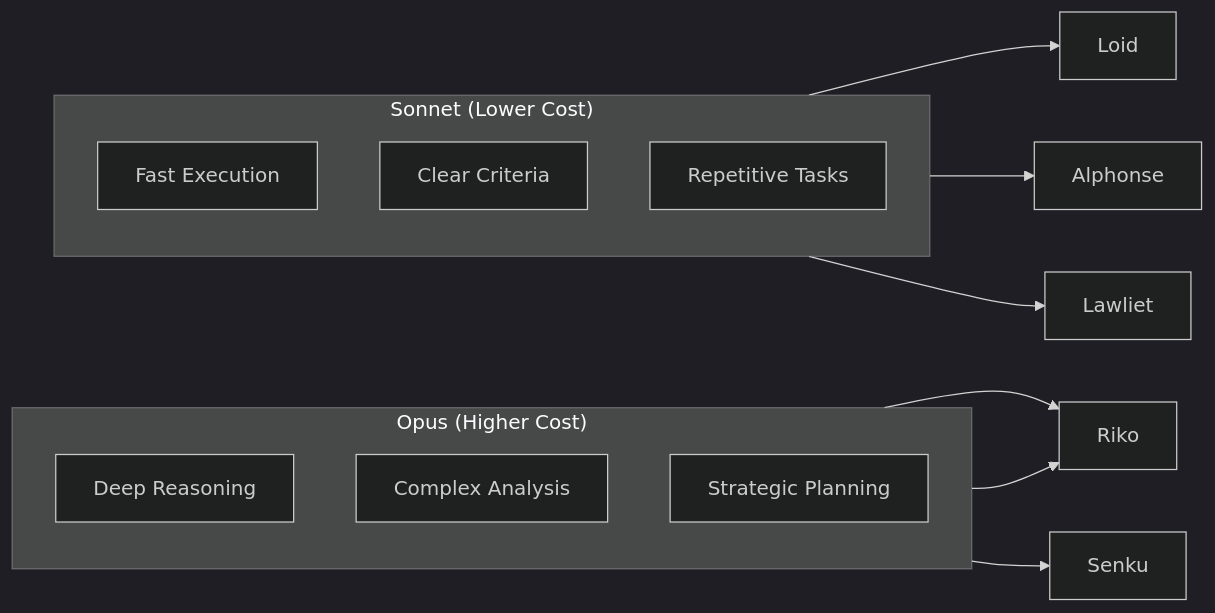
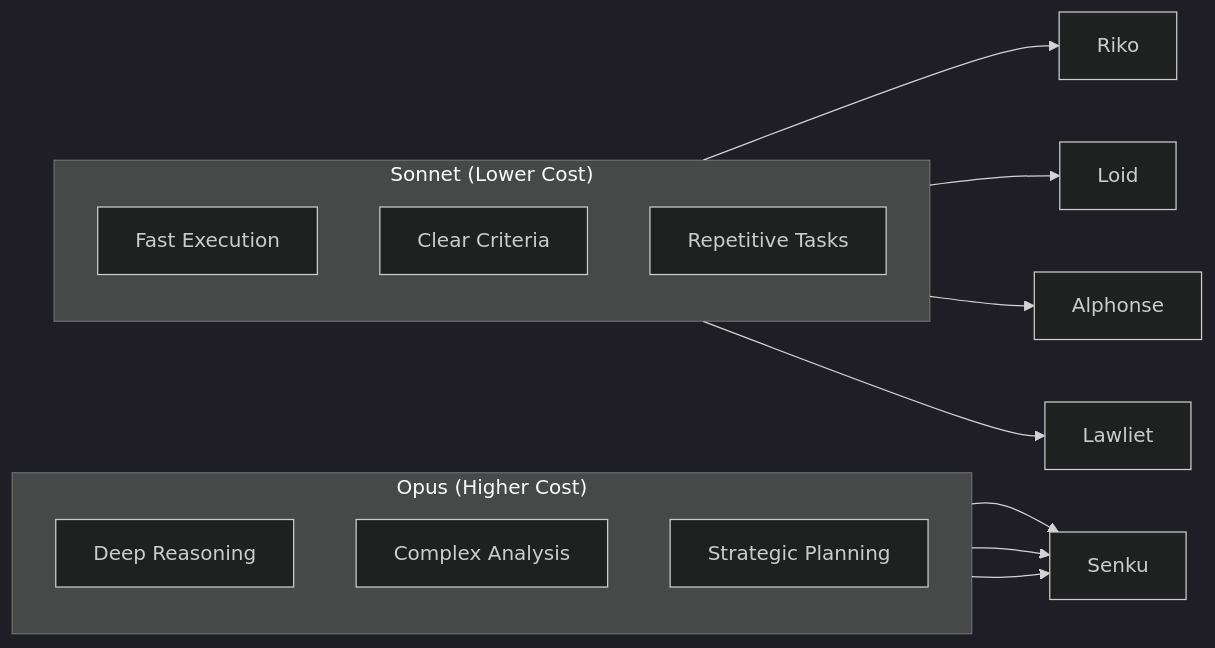
The second of 3 diagrams in docs/architecture/overview.md (josix/agent-flow), drawn with Mermaid (dark theme) before and after one commit. The commit also changed other lines of this file and 60 other files, not shown here.

First line of the commit message:
feat: modernize agent-flow for current Claude Code and speed up /orchestrate

````diff
--- a/docs/architecture/overview.md
+++ b/docs/architecture/overview.md
@@ -277,24 +279,25 @@
 ```mermaid
 flowchart LR
     subgraph Opus["Opus (Higher Cost)"]
         direction TB
         O1[Deep Reasoning]
         O2[Complex Analysis]
         O3[Strategic Planning]
     end
 
     subgraph Sonnet["Sonnet (Lower Cost)"]
         direction TB
         S1[Fast Execution]
         S2[Clear Criteria]
         S3[Repetitive Tasks]
     end
 
-    O1 --> R[Riko]
-    O2 --> R
-    O3 --> SK[Senku]
+    O1 --> SK[Senku]
+    O2 --> SK
+    O3 --> SK
 
+    S1 --> R[Riko]
     S1 --> L[Loid]
     S2 --> A[Alphonse]
     S3 --> LW[Lawliet]
 ```
````
